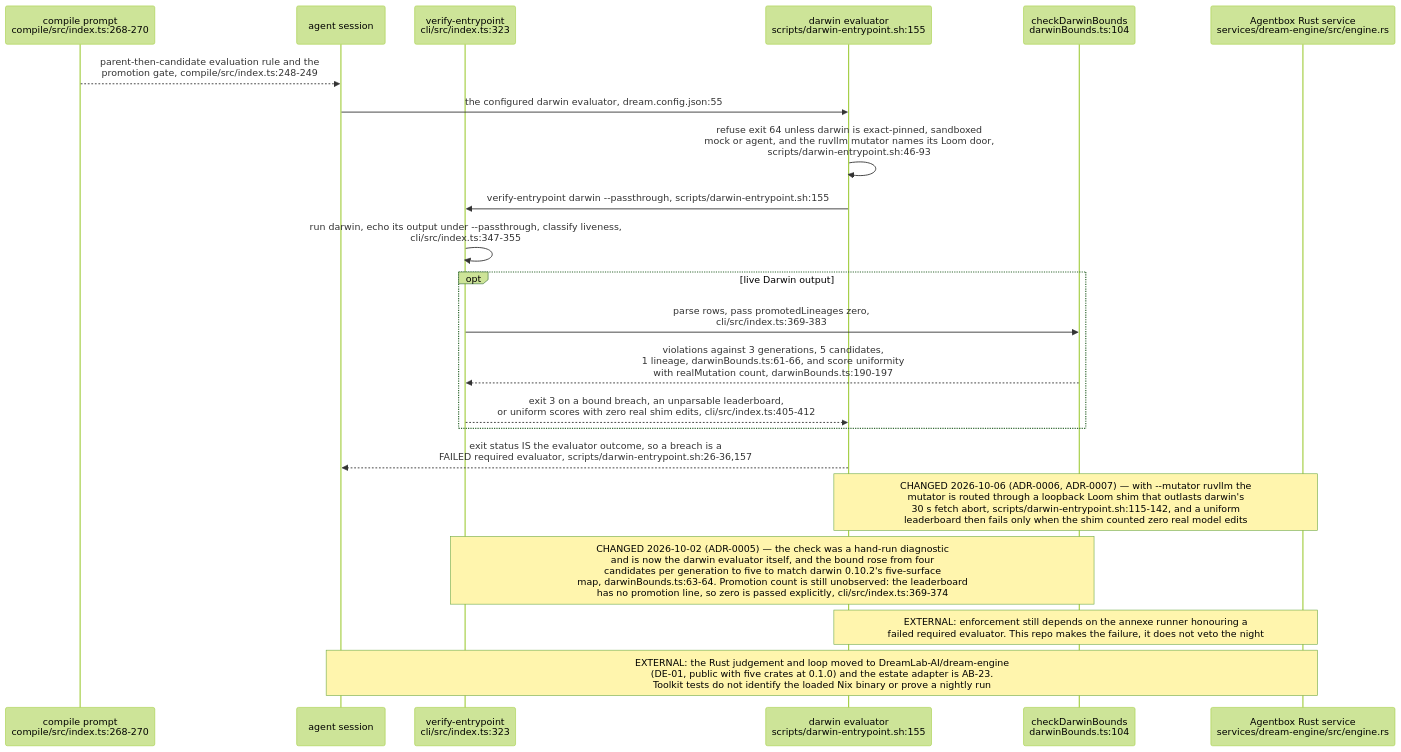
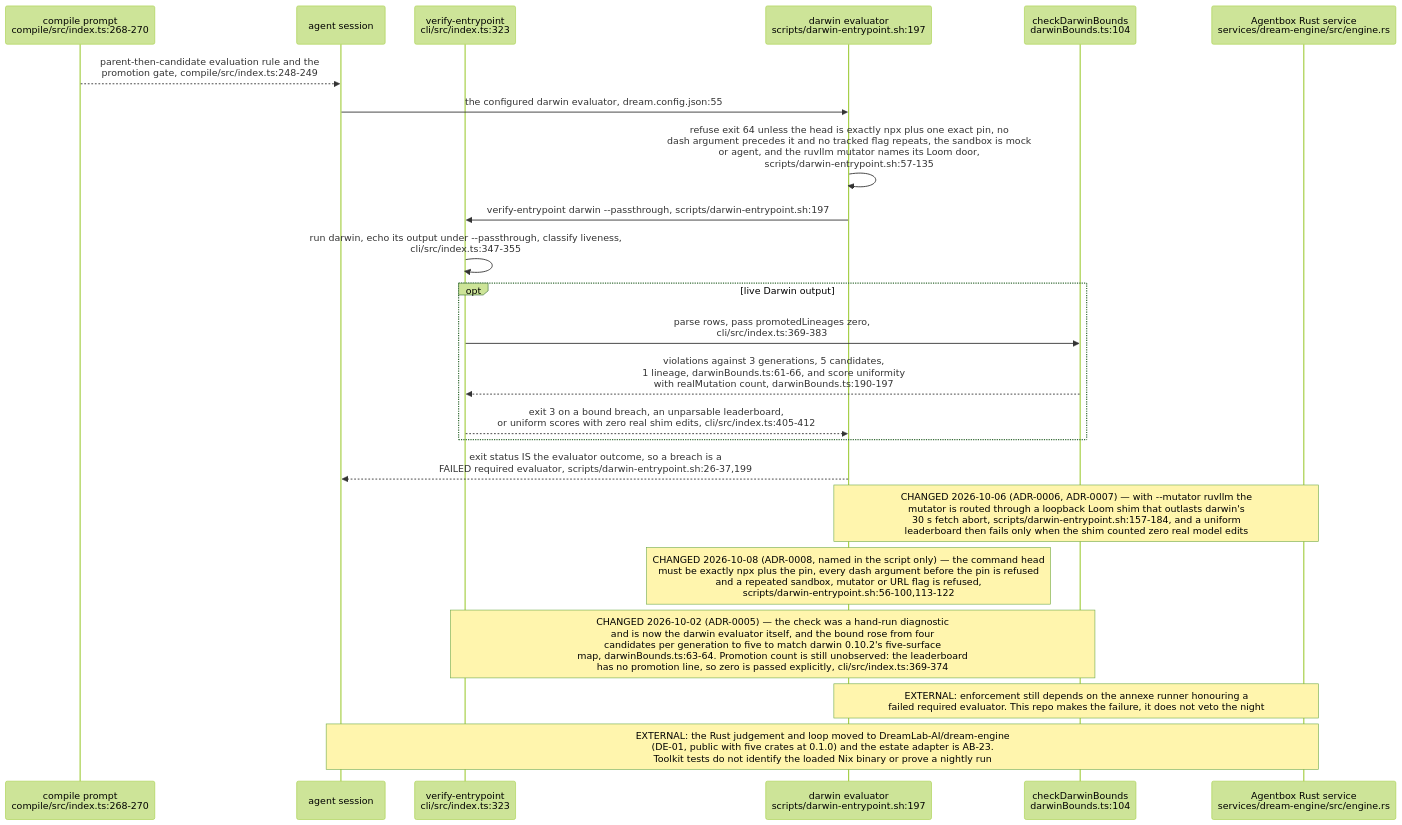
One commit to DreamLab-AI/VisionFlow changed the second of 5 diagrams in docs/diagrams/estate/90-evidence-and-supporting-repositories.md. Above: the diagram before and after it, drawn with Mermaid (forest theme). The commit also changed other lines of this file and 160 other files, not shown here.

````diff
--- a/docs/diagrams/estate/90-evidence-and-supporting-repositories.md
+++ b/docs/diagrams/estate/90-evidence-and-supporting-repositories.md
@@ -45,24 +47,25 @@
 ```mermaid
 sequenceDiagram
     participant C as compile prompt<br/>compile/src/index.ts:268-270
     participant A as agent session
     participant D as verify-entrypoint<br/>cli/src/index.ts:323
-    participant E as darwin evaluator<br/>scripts/darwin-entrypoint.sh:155
+    participant E as darwin evaluator<br/>scripts/darwin-entrypoint.sh:197
     participant B as checkDarwinBounds<br/>darwinBounds.ts:104
     participant R as Agentbox Rust service<br/>services/dream-engine/src/engine.rs
     C-->>A: parent-then-candidate evaluation rule and the<br/>promotion gate, compile/src/index.ts:248-249
     A->>E: the configured darwin evaluator, dream.config.json:55
-    E->>E: refuse exit 64 unless darwin is exact-pinned, sandboxed<br/>mock or agent, and the ruvllm mutator names its Loom door,<br/>scripts/darwin-entrypoint.sh:46-93
-    E->>D: verify-entrypoint darwin --passthrough, scripts/darwin-entrypoint.sh:155
+    E->>E: refuse exit 64 unless the head is exactly npx plus one exact pin, no<br/>dash argument precedes it and no tracked flag repeats, the sandbox is mock<br/>or agent, and the ruvllm mutator names its Loom door,<br/>scripts/darwin-entrypoint.sh:57-135
+    E->>D: verify-entrypoint darwin --passthrough, scripts/darwin-entrypoint.sh:197
     D->>D: run darwin, echo its output under --passthrough, classify liveness,<br/>cli/src/index.ts:347-355
     opt live Darwin output
         D->>B: parse rows, pass promotedLineages zero,<br/>cli/src/index.ts:369-383
         B-->>D: violations against 3 generations, 5 candidates,<br/>1 lineage, darwinBounds.ts:61-66, and score uniformity<br/>with realMutation count, darwinBounds.ts:190-197
         D-->>E: exit 3 on a bound breach, an unparsable leaderboard,<br/>or uniform scores with zero real shim edits, cli/src/index.ts:405-412
     end
-    E-->>A: exit status IS the evaluator outcome, so a breach is a<br/>FAILED required evaluator, scripts/darwin-entrypoint.sh:26-36,157
-    Note over E,R: CHANGED 2026-10-06 (ADR-0006, ADR-0007) — with --mutator ruvllm the<br/>mutator is routed through a loopback Loom shim that outlasts darwin's<br/>30 s fetch abort, scripts/darwin-entrypoint.sh:115-142, and a uniform<br/>leaderboard then fails only when the shim counted zero real model edits
+    E-->>A: exit status IS the evaluator outcome, so a breach is a<br/>FAILED required evaluator, scripts/darwin-entrypoint.sh:26-37,199
+    Note over E,R: CHANGED 2026-10-06 (ADR-0006, ADR-0007) — with --mutator ruvllm the<br/>mutator is routed through a loopback Loom shim that outlasts darwin's<br/>30 s fetch abort, scripts/darwin-entrypoint.sh:157-184, and a uniform<br/>leaderboard then fails only when the shim counted zero real model edits
+    Note over E: CHANGED 2026-10-08 (ADR-0008, named in the script only) — the command head<br/>must be exactly npx plus the pin, every dash argument before the pin is refused<br/>and a repeated sandbox, mutator or URL flag is refused,<br/>scripts/darwin-entrypoint.sh:56-100,113-122
     Note over D,B: CHANGED 2026-10-02 (ADR-0005) — the check was a hand-run diagnostic<br/>and is now the darwin evaluator itself, and the bound rose from four<br/>candidates per generation to five to match darwin 0.10.2's five-surface<br/>map, darwinBounds.ts:63-64. Promotion count is still unobserved: the leaderboard<br/>has no promotion line, so zero is passed explicitly, cli/src/index.ts:369-374
     Note over E,R: EXTERNAL: enforcement still depends on the annexe runner honouring a<br/>failed required evaluator. This repo makes the failure, it does not veto the night
     Note over A,R: EXTERNAL: the Rust judgement and loop moved to DreamLab-AI/dream-engine<br/>(DE-01, public with five crates at 0.1.0) and the estate adapter is AB-23.<br/>Toolkit tests do not identify the loaded Nix binary or prove a nightly run
 ```
````
